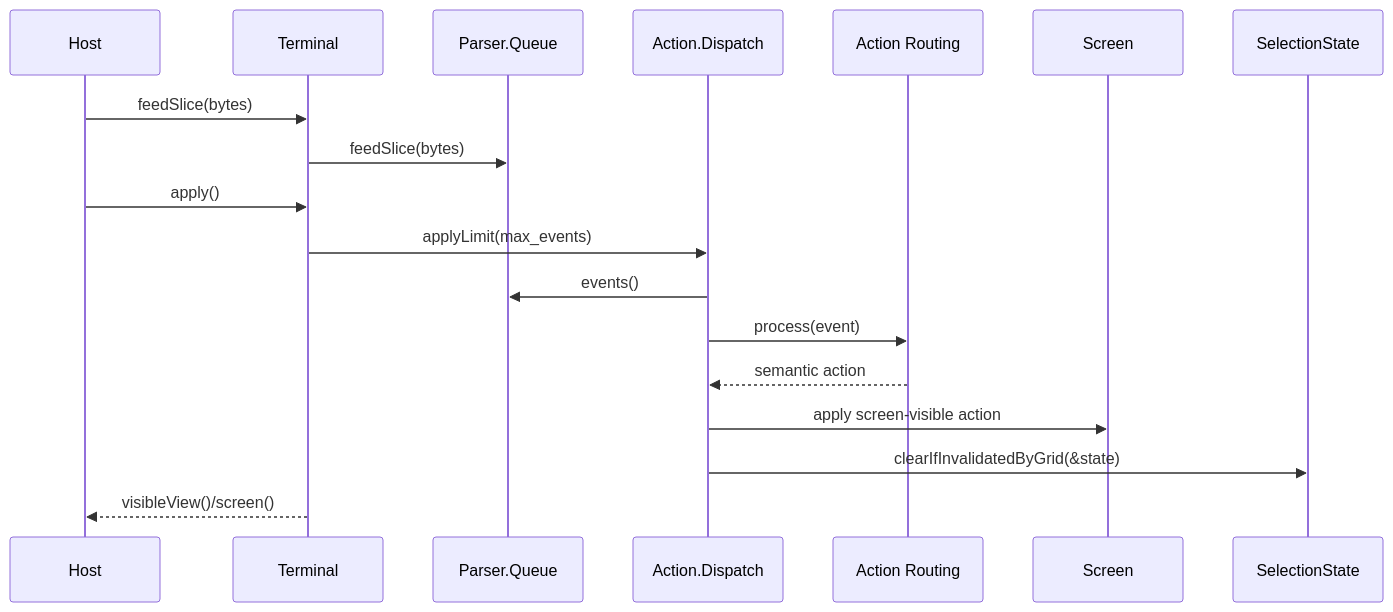
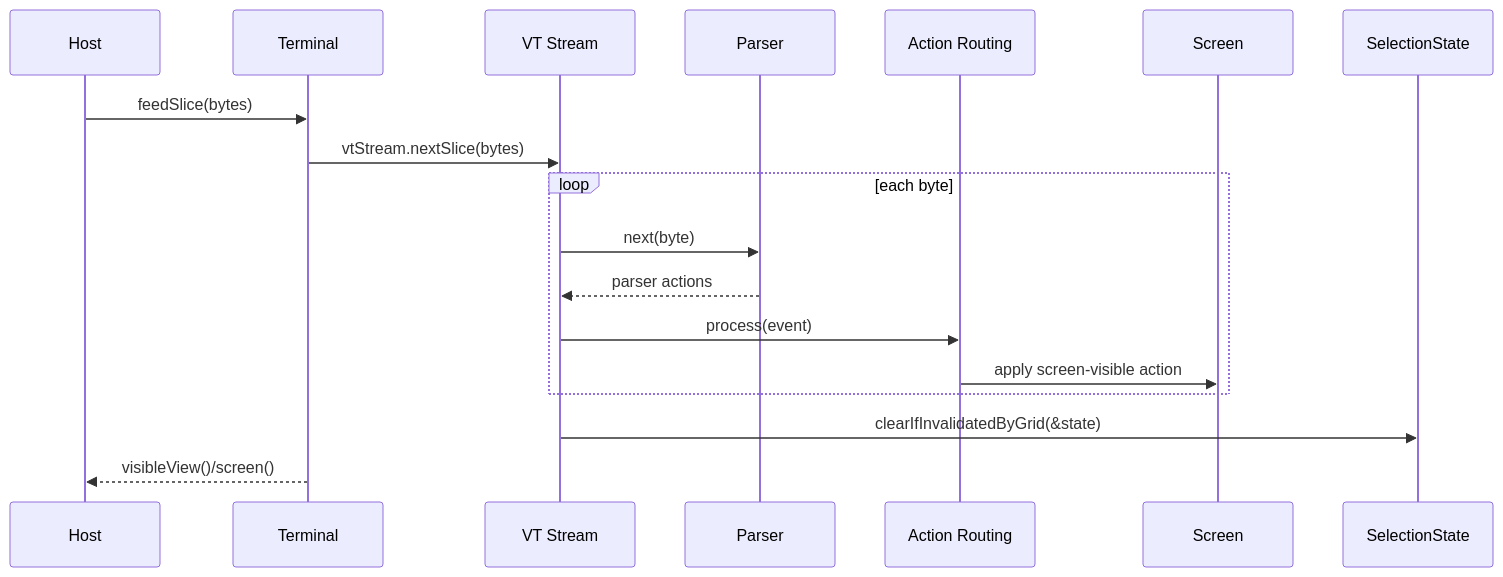
Before and after one commit to LaurenceGuws/howl-vt: the third of 4 diagrams in design.md, drawn with Mermaid. The commit also changed other lines of this file and 31 other files, not shown here.

Commit message:
vt: remove queued feed apply seam

````diff
--- a/design.md
+++ b/design.md
@@ -121,21 +121,21 @@
 ```mermaid
 sequenceDiagram
     participant Host
     participant V as Terminal
-    participant F as Parser.Queue
-    participant D as Action.Dispatch
+    participant T as VT Stream
+    participant P as Parser
     participant A as Action Routing
     participant G as Screen
     participant S as SelectionState
 
     Host->>V: feedSlice(bytes)
-    V->>F: feedSlice(bytes)
-    Host->>V: apply()
-    V->>D: applyLimit(max_events)
-    D->>F: events()
-    D->>A: process(event)
-    A-->>D: semantic action
-    D->>G: apply screen-visible action
-    D->>S: clearIfInvalidatedByGrid(&state)
+    V->>T: vtStream.nextSlice(bytes)
+    loop each byte
+        T->>P: next(byte)
+        P-->>T: parser actions
+        T->>A: process(event)
+        A->>G: apply screen-visible action
+    end
+    T->>S: clearIfInvalidatedByGrid(&state)
     V-->>Host: visibleView()/screen()
 ```
````
